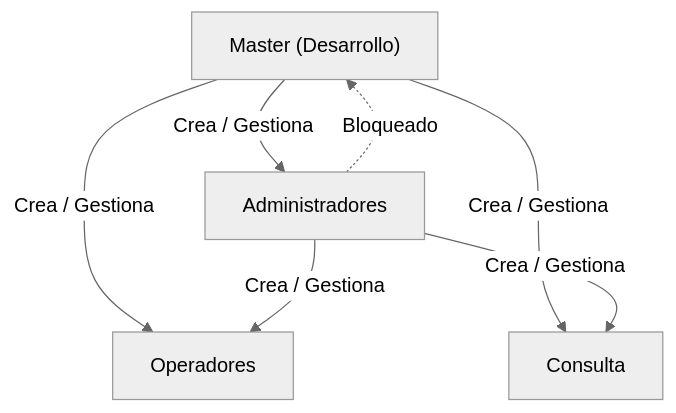
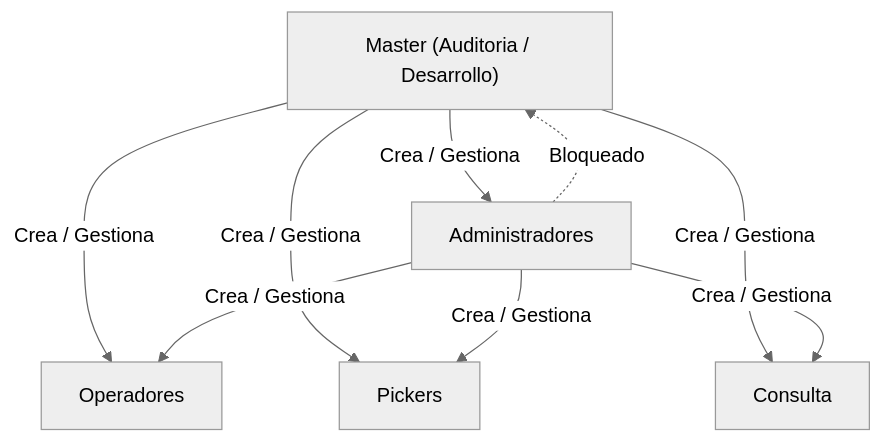
One commit to Kniball4726/Agentes changed the first of 4 diagrams in README.md. Above: the diagram before and after it, drawn with Mermaid (neutral theme). The commit also changed other lines of this file and 148 other files, not shown here.

````diff
--- a/README.md
+++ b/README.md
@@ -167,9 +167,11 @@
 ```mermaid
 flowchart TD
-    M["Master (Desarrollo)"] -->|Crea / Gestiona| A["Administradores"]
+    M["Master (Auditoria / Desarrollo)"] -->|Crea / Gestiona| A["Administradores"]
     M -->|Crea / Gestiona| O["Operadores"]
+    M -->|Crea / Gestiona| P["Pickers"]
     M -->|Crea / Gestiona| C["Consulta"]
     A -->|Crea / Gestiona| O
+    A -->|Crea / Gestiona| P
     A -->|Crea / Gestiona| C
     A -.->|Bloqueado| M
 ```
````
